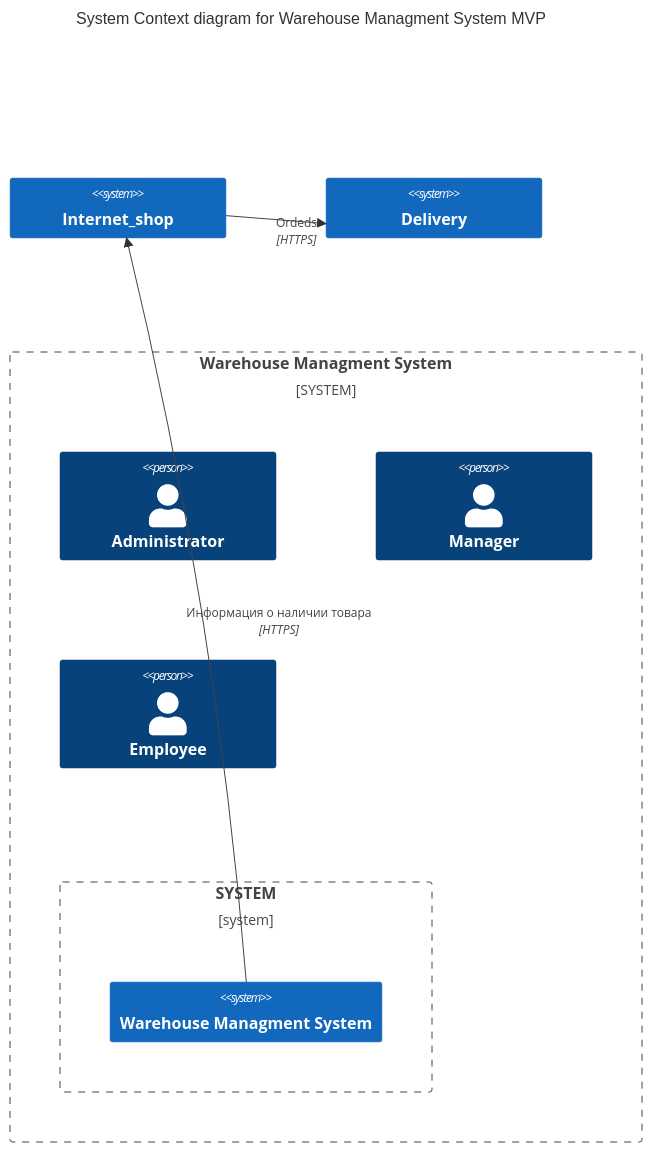
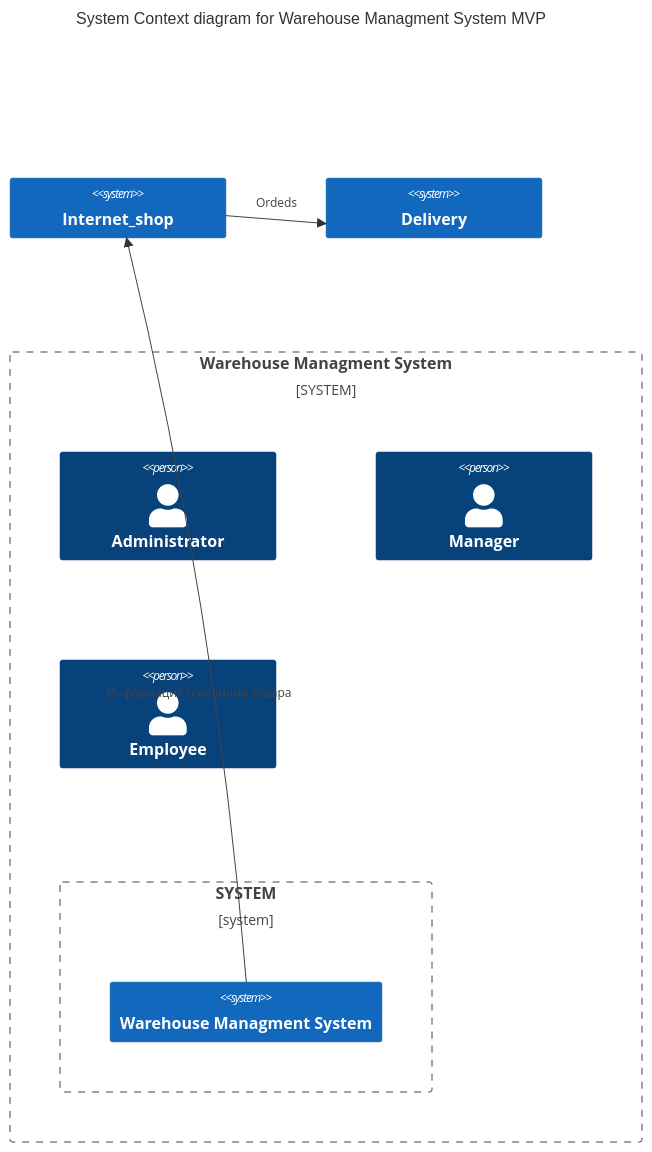
The diagram in README.md (PortnovAlex80/node_js_pro), drawn with Mermaid before and after one commit.

````diff
--- a/README.md
+++ b/README.md
@@ -1,27 +1,27 @@
 ```mermaid
 C4Context
 title System Context diagram for Warehouse Managment System MVP
 
 System_Boundary(Users, "Warehouse Managment System") {
 System_Boundary("Warehouse Managment System") {
 
 System(wms, "Warehouse Managment System")
 
 }
 Person(admin, "Administrator")
 Person(mgr, "Manager")
 Person(employee, "Employee")
 }
 
 
 System(i_shop, "Internet_shop")
 System(delivery, "Delivery")
 
 
-Rel(i_shop, delivery , "Ordeds", "HTTPS")
-Rel(wms, i_shop , "Информация о наличии товара", "HTTPS")
+Rel(i_shop, delivery , "Ordeds")
+Rel(wms, i_shop , "Информация о наличии товара")
 
-UpdateRelStyle(delivery, $textColor="red", $lineColor="red", $offsetX="-50", $offsetY="20")
-
-  
+UpdateRelStyle(i_shop, delivery, $offsetX="-20", $offsetY="-20")
+UpdateRelStyle(delivery, wms, $textColor="red", $lineColor="red", $offsetX="-50", $offsetY="-20")
+UpdateRelStyle(wms, i_shop,  $offsetX="-80", $offsetY="80") 
 ```
````
